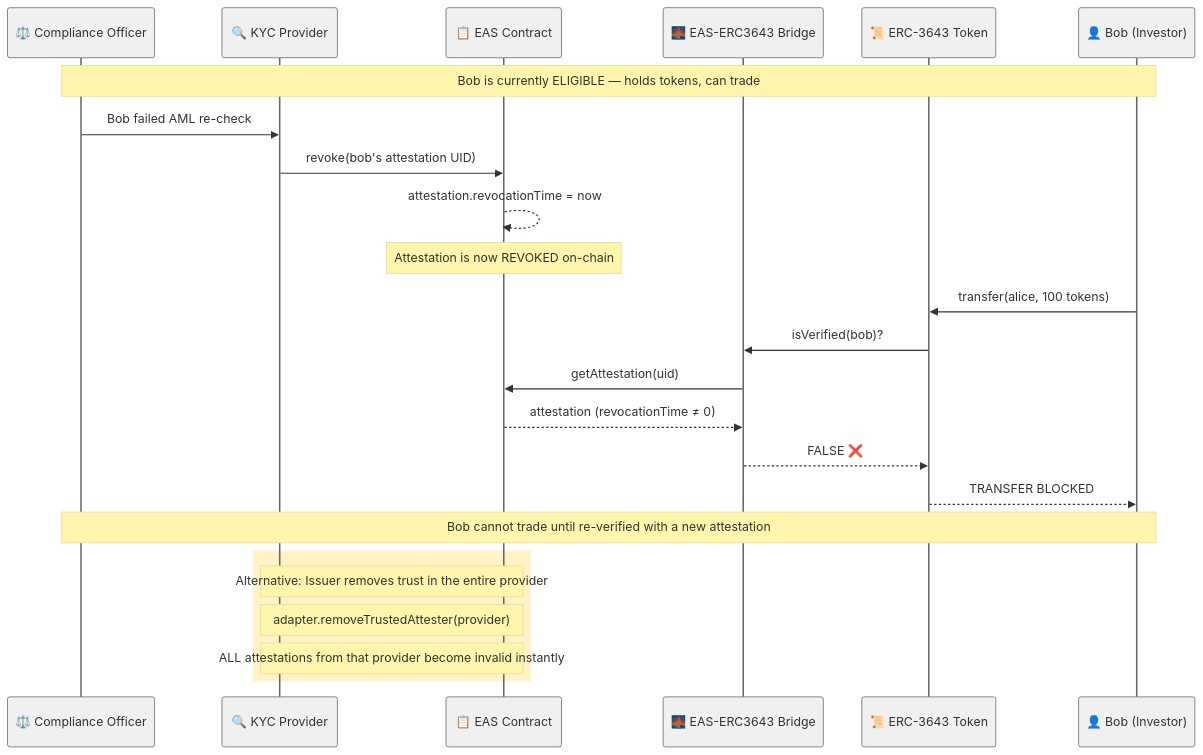
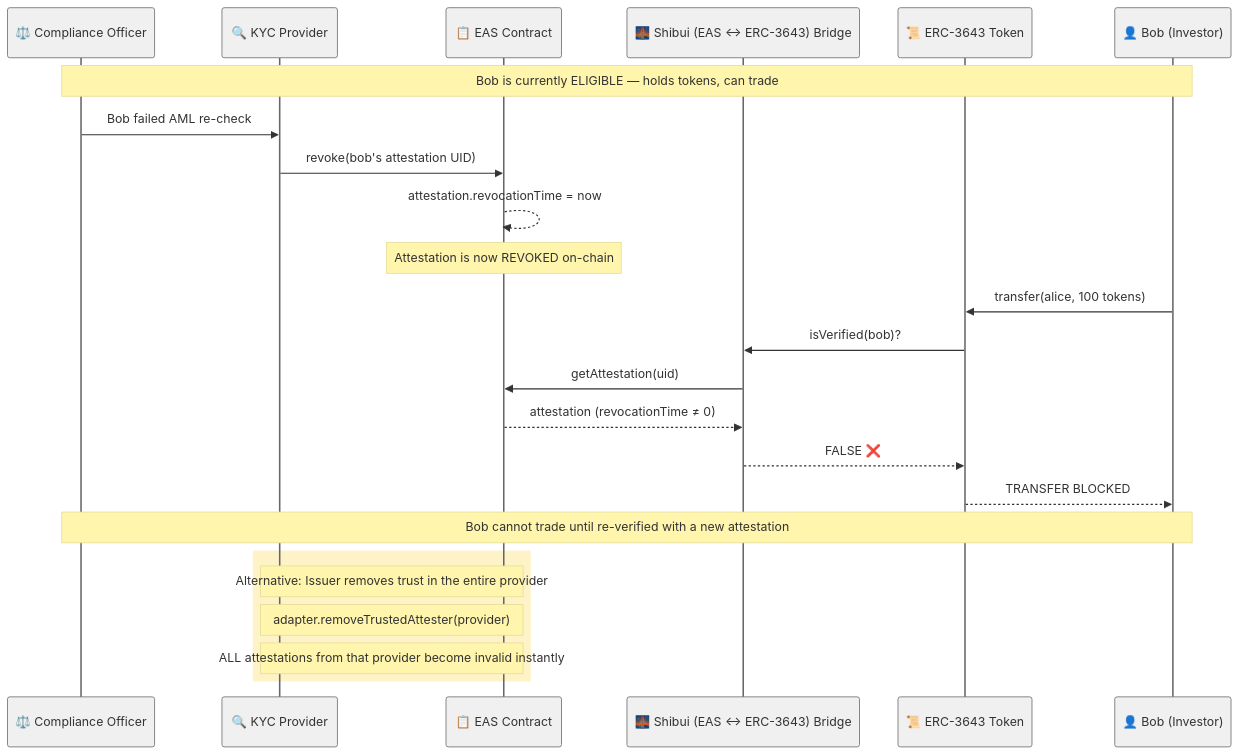
One commit to EntEthAlliance/rnd-rwa-erc3643-eas changed the diagram in diagrams/revocation-flow.mmd. Above: the diagram before and after it, drawn with Mermaid. The commit also changed 5 other files, not shown here.

Commit message:
docs(diagrams): refresh Shibui MVP diagrams

```diff
--- a/diagrams/revocation-flow.mmd
+++ b/diagrams/revocation-flow.mmd
@@ -1,31 +1,31 @@
 %%{init: {'theme': 'base', 'themeVariables': { 'primaryColor': '#f0f0f0', 'primaryTextColor': '#333', 'primaryBorderColor': '#666', 'lineColor': '#444'}}}%%
 sequenceDiagram
     participant CO as ⚖️ Compliance Officer
     participant KYC as 🔍 KYC Provider
     participant EAS as 📋 EAS Contract
-    participant Bridge as 🌉 EAS-ERC3643 Bridge
+    participant Bridge as 🌉 Shibui (EAS ↔ ERC-3643) Bridge
     participant Token as 📜 ERC-3643 Token
     participant Bob as 👤 Bob (Investor)
 
     Note over CO,Bob: Bob is currently ELIGIBLE — holds tokens, can trade
 
     CO->>KYC: Bob failed AML re-check
     KYC->>EAS: revoke(bob's attestation UID)
     EAS-->>EAS: attestation.revocationTime = now
 
     Note over EAS: Attestation is now REVOKED on-chain
 
     Bob->>Token: transfer(alice, 100 tokens)
     Token->>Bridge: isVerified(bob)?
     Bridge->>EAS: getAttestation(uid)
     EAS-->>Bridge: attestation (revocationTime ≠ 0)
     Bridge-->>Token: FALSE ❌
     Token-->>Bob: TRANSFER BLOCKED
 
     Note over CO,Bob: Bob cannot trade until re-verified with a new attestation
 
     rect rgb(254, 243, 199)
         Note over KYC,EAS: Alternative: Issuer removes trust in the entire provider
         Note over KYC,EAS: adapter.removeTrustedAttester(provider)
         Note over KYC,EAS: ALL attestations from that provider become invalid instantly
     end
```
